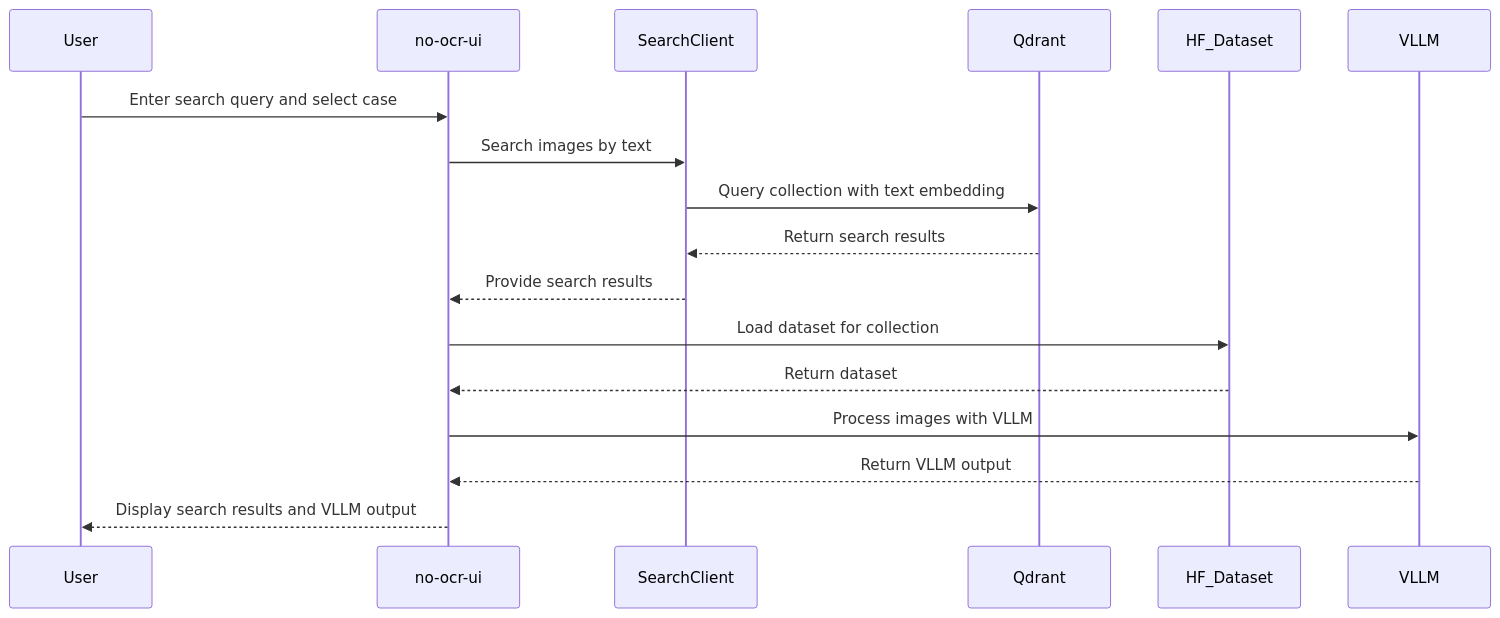
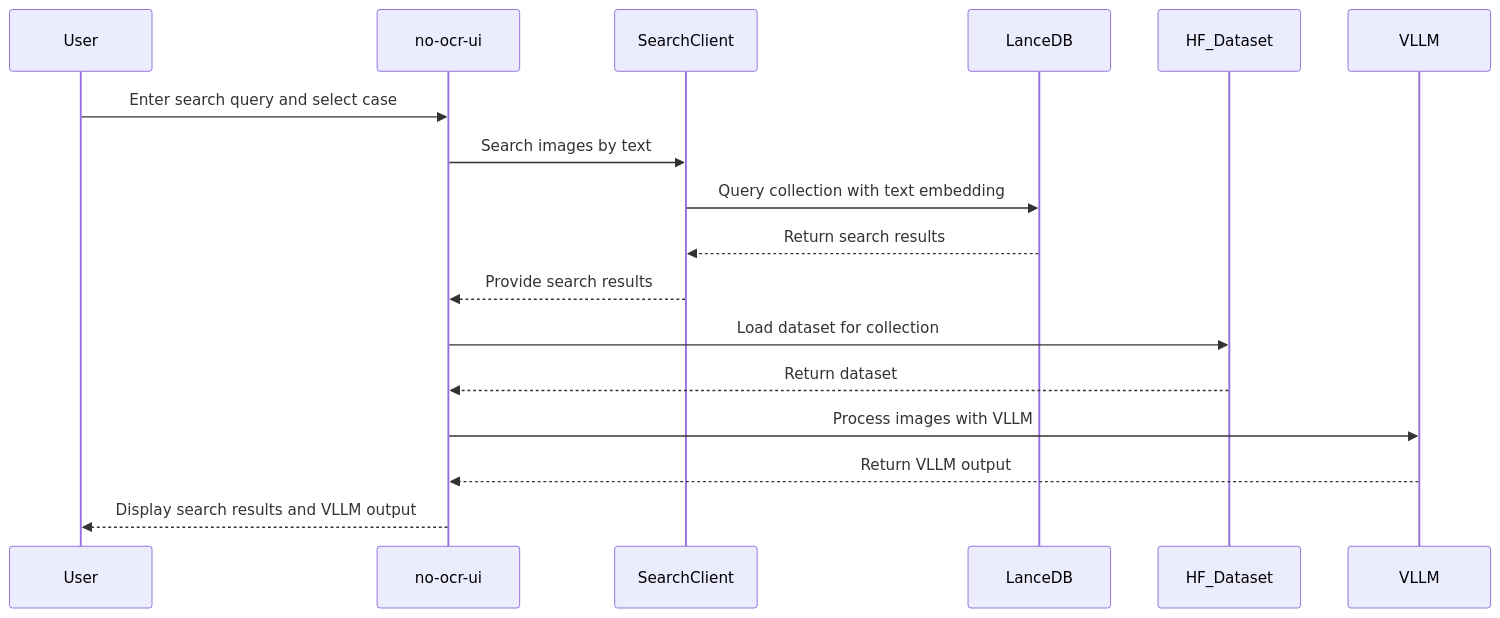
The second of 2 diagrams in README.md (kyryl-opens-ml/no-ocr), drawn with Mermaid before and after one commit. The commit also changed other lines of this file and 2 other files, not shown here.

Commit message:
LanceDB migration

````diff
--- a/README.md
+++ b/README.md
@@ -75,20 +75,20 @@
 ```mermaid
 sequenceDiagram
     participant User
     participant no-ocr-ui
     participant SearchClient
-    participant Qdrant
+    participant LanceDB
     participant HF_Dataset
     participant VLLM
 
     User->>no-ocr-ui: Enter search query and select case
     no-ocr-ui->>SearchClient: Search images by text
-    SearchClient->>Qdrant: Query collection with text embedding
-    Qdrant-->>SearchClient: Return search results
+    SearchClient->>LanceDB: Query collection with text embedding
+    LanceDB-->>SearchClient: Return search results
     SearchClient-->>no-ocr-ui: Provide search results
     no-ocr-ui->>HF_Dataset: Load dataset for collection
     HF_Dataset-->>no-ocr-ui: Return dataset
     no-ocr-ui->>VLLM: Process images with VLLM
     VLLM-->>no-ocr-ui: Return VLLM output
     no-ocr-ui-->>User: Display search results and VLLM output
 ```
````
